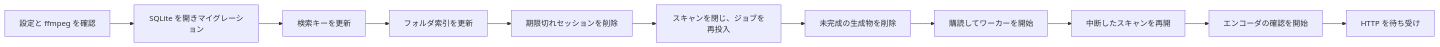
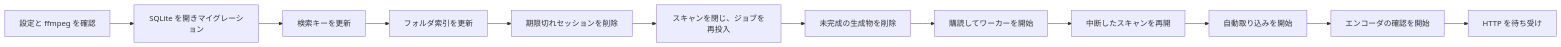
One commit to syudead/vv changed the second of 3 diagrams in translations/ja/docs/design-docs/process-lifecycle.md. Above: the diagram before and after it, drawn with Mermaid. The commit also changed other lines of this file and 4 other files, not shown here.

````diff
--- a/translations/ja/docs/design-docs/process-lifecycle.md
+++ b/translations/ja/docs/design-docs/process-lifecycle.md
@@ -37,13 +39,14 @@
 ```mermaid
 flowchart LR
   cfg[設定と ffmpeg を確認] --> db[SQLite を開きマイグレーション]
   db --> keys[検索キーを更新]
   keys --> idx[フォルダ索引を更新]
   idx --> auth[期限切れセッションを削除]
   auth --> rec[スキャンを閉じ、ジョブを再投入]
   rec --> tmp[未完成の生成物を削除]
   tmp --> work[購読してワーカーを開始]
   work --> resume[中断したスキャンを再開]
-  resume --> enc[エンコーダの確認を開始]
+  resume --> auto[自動取り込みを開始]
+  auto --> enc[エンコーダの確認を開始]
   enc --> http[HTTP を待ち受け]
 ```
````
